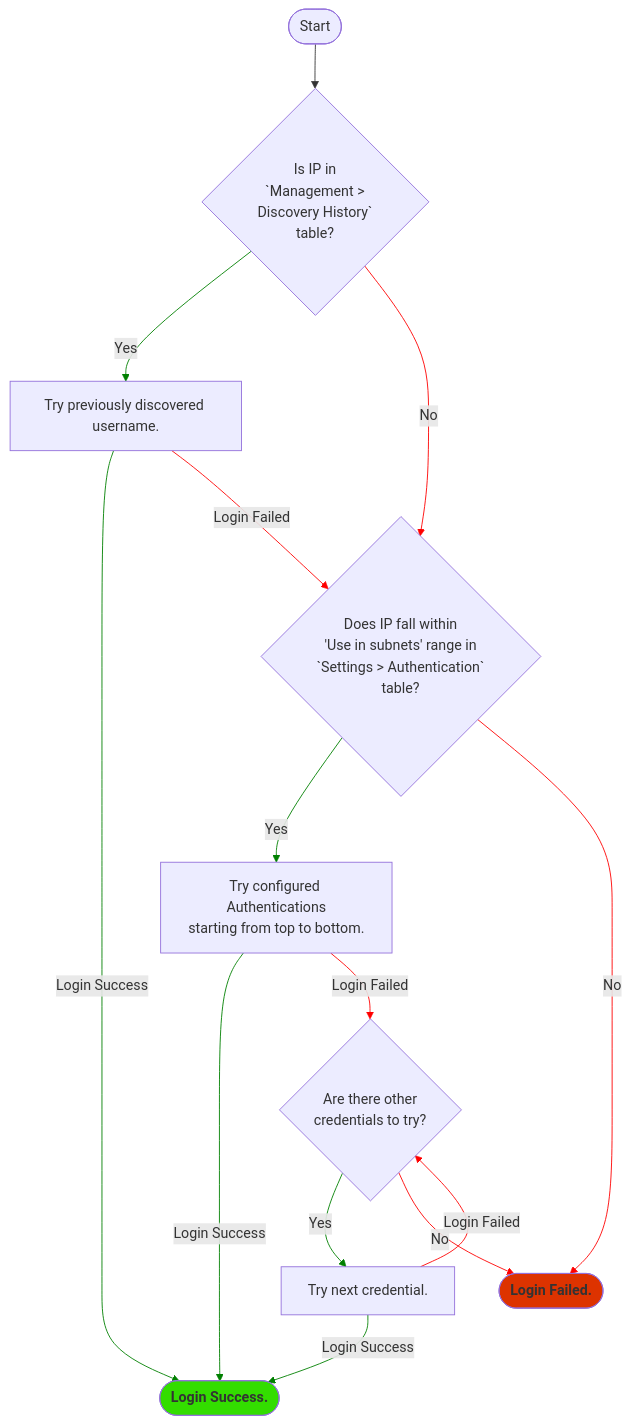
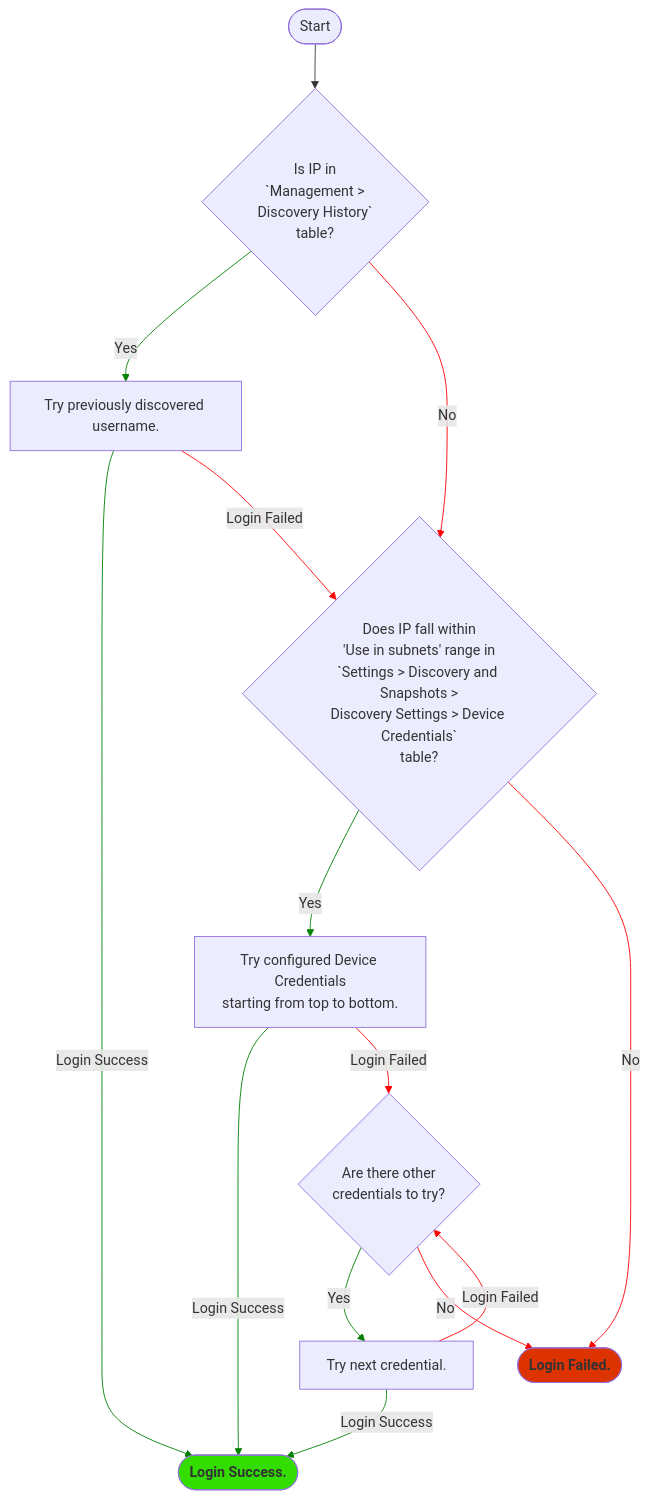
The diagram in docs/IP_Fabric_Settings/Discovery_and_Snapshots/Discovery_Settings/device_credentials.md (ipfabric/docs), drawn with Mermaid before and after one commit. The commit also changed other lines of this file and 19 other files, not shown here.

Commit message:
ST-198 Update menu navigation and images in 'Device Credentials', 'Disabled Discovery Tasks', 'Discovery Seeds' and 'Discovery'

````diff
--- a/docs/IP_Fabric_Settings/Discovery_and_Snapshots/Discovery_Settings/device_credentials.md
+++ b/docs/IP_Fabric_Settings/Discovery_and_Snapshots/Discovery_Settings/device_credentials.md
@@ -18,21 +18,21 @@
 ```mermaid
 flowchart TD
     A([Start]) --> discoveryHistory{Is IP in<br/>`Management ><br/>Discovery History`<br/>table?}
     discoveryHistory --> |Yes|previousUsername[Try previously discovered username.]
-    discoveryHistory --> |No|configuredAuth{Does IP fall within<br/>'Use in subnets' range in<br/>`Settings > Authentication`<br/>table?}
-    configuredAuth --> |Yes|tryAuth[Try configured Authentications<br/>starting from top to bottom.]
+    discoveryHistory --> |No|configuredAuth{Does IP fall within<br/>'Use in subnets' range in<br/>`Settings > Discovery and Snapshots ><br/>Discovery Settings > Device Credentials`<br/>table?}
+    configuredAuth --> |Yes|tryAuth[Try configured Device Credentials<br/>starting from top to bottom.]
     configuredAuth --> |No|loginFailed([<b>Login Failed.</b>])
     tryAuth --> |Login Success|loginSuccess([<b>Login Success.</b>])
     tryAuth --> |Login Failed|otherCreds{Are there other<br/>credentials to try?}
     previousUsername --> |Login Success|loginSuccess
     previousUsername --> |Login Failed|configuredAuth
     otherCreds --> |Yes|tryNext[Try next credential.]
     otherCreds --> |No|loginFailed
     tryNext --> |Login Success|loginSuccess
     tryNext --> |Login Failed|otherCreds
 
     style loginFailed fill:#dd3300
     style loginSuccess fill:#33dd00
     linkStyle 2,4,6,8,10,12 stroke:red;
     linkStyle 1,3,5,7,9,11 stroke:green;
 ```
````
